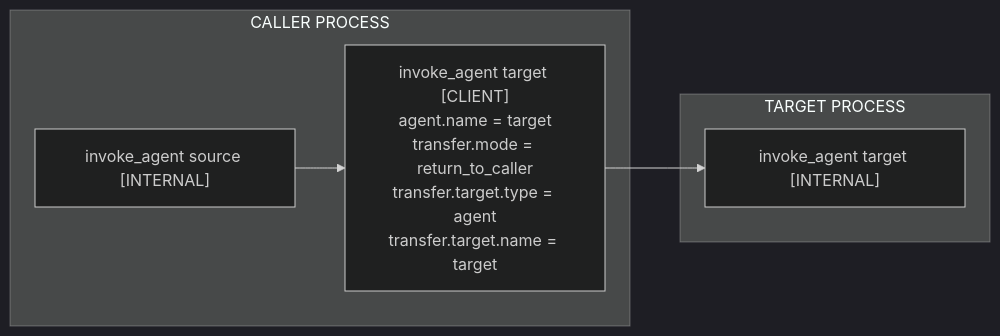
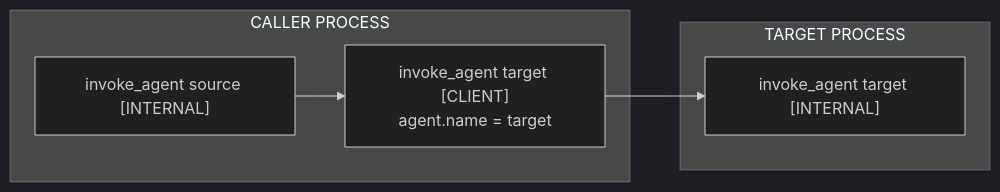
One commit to nikhilNava/semantic-conventions-genai changed the second of 2 diagrams in docs/gen-ai/non-normative/examples-agent-interactions.md. Above: the diagram before and after it, drawn with Mermaid (dark theme). The commit also changed other lines of this file and 5 other files, not shown here.

````diff
--- a/docs/gen-ai/non-normative/examples-agent-interactions.md
+++ b/docs/gen-ai/non-normative/examples-agent-interactions.md
@@ -56,12 +55,12 @@
 ```mermaid
 flowchart LR
   subgraph C["CALLER PROCESS"]
     C1["invoke_agent source [INTERNAL]"]
-    C2["invoke_agent target [CLIENT]<br/>agent.name = target<br/>transfer.mode = return_to_caller<br/>transfer.target.type = agent<br/>transfer.target.name = target"]
+    C2["invoke_agent target [CLIENT]<br/>agent.name = target"]
     C1 --> C2
   end
   subgraph T["TARGET PROCESS"]
     T1["invoke_agent target [INTERNAL]"]
   end
   C2 --> T1
 ```
````
